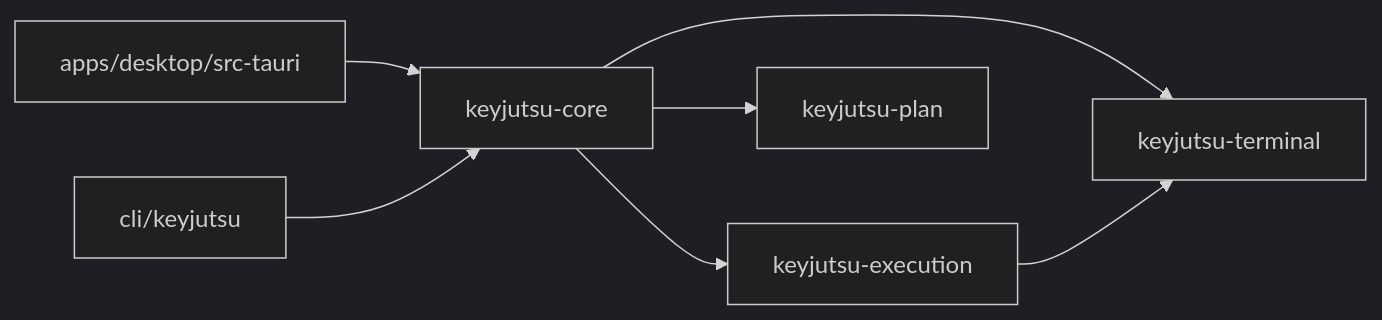
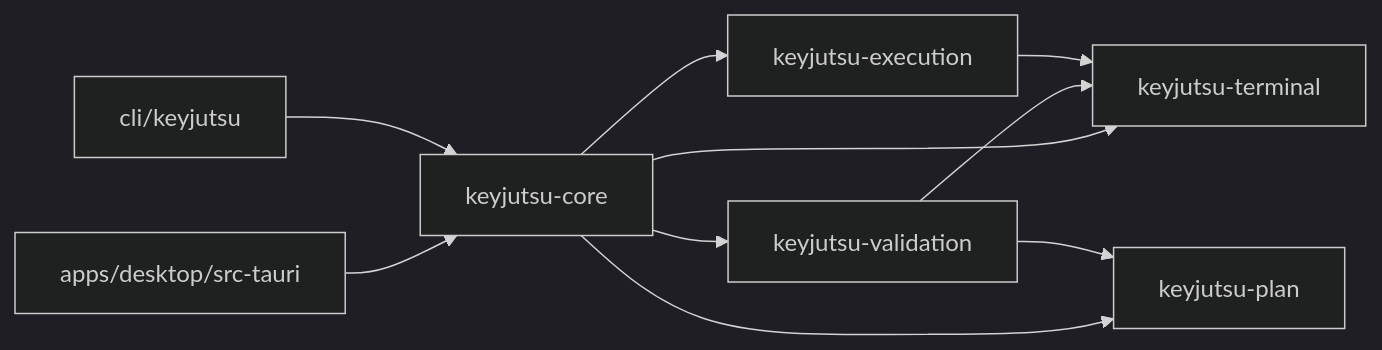
One commit to TheCodeSaiyan/keyjutsu changed the diagram in docs/architecture/overview.md. Above: the diagram before and after it, drawn with Mermaid (dark theme). The commit also changed other lines of this file and 28 other files, not shown here.

````diff
--- a/docs/architecture/overview.md
+++ b/docs/architecture/overview.md
@@ -58,9 +58,12 @@
 ```mermaid
 flowchart LR
     desktop["apps/desktop/src-tauri"] --> core
     cli["cli/keyjutsu"] --> core
     core["keyjutsu-core"] --> execution
     core --> terminal
     core --> plan["keyjutsu-plan"]
+    core --> validation["keyjutsu-validation"]
+    validation --> plan
+    validation --> terminal
     execution["keyjutsu-execution"] --> terminal["keyjutsu-terminal"]
 ```
````
